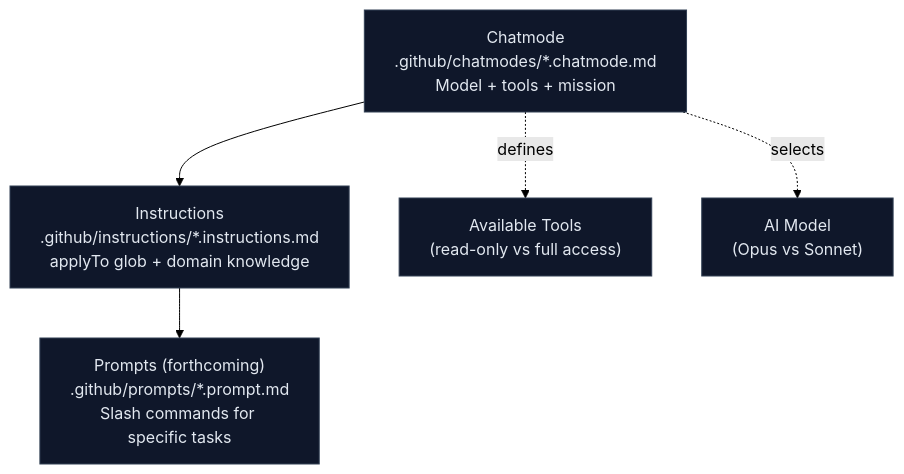
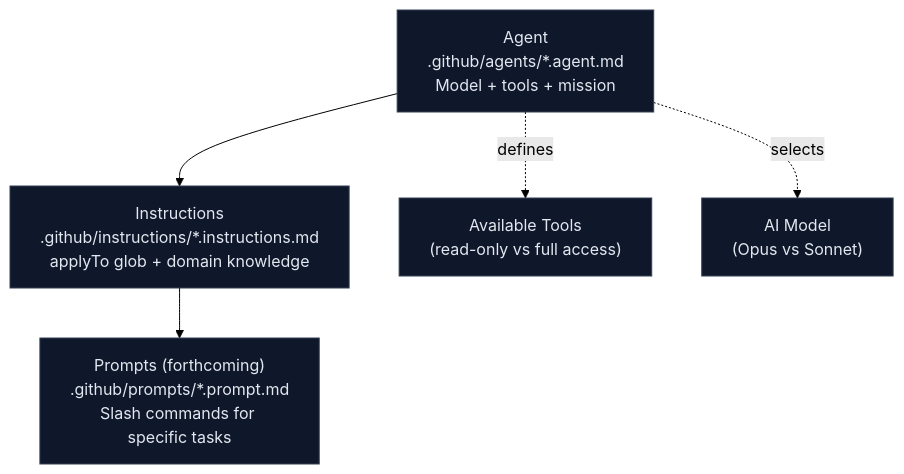
The diagram in docs/4-agents-explained.md (paulasilvatech/hackathon-datacorp-team-kit), drawn with Mermaid (forest theme) before and after one commit. The commit also changed other lines of this file and 11 other files, not shown here.

First line of the commit message:
fix: convert chatmodes to agents (.agent.md format)

````diff
--- a/docs/4-agents-explained.md
+++ b/docs/4-agents-explained.md
@@ -38,13 +38,13 @@
 ```mermaid
 flowchart TB
-    CM["Chatmode\n.github/chatmodes/*.chatmode.md\nModel + tools + mission"] --> INS["Instructions\n.github/instructions/*.instructions.md\napplyTo glob + domain knowledge"]
+    CM["Agent\n.github/agents/*.agent.md\nModel + tools + mission"] --> INS["Instructions\n.github/instructions/*.instructions.md\napplyTo glob + domain knowledge"]
     INS --> PR["Prompts (forthcoming)\n.github/prompts/*.prompt.md\nSlash commands for specific tasks"]
     CM -.->|"defines"| TOOLS["Available Tools\n(read-only vs full access)"]
     CM -.->|"selects"| MODEL["AI Model\n(Opus vs Sonnet)"]
 
     style CM fill:#0f172a,stroke:#334155,color:#e2e8f0
     style INS fill:#0f172a,stroke:#334155,color:#e2e8f0
     style PR fill:#0f172a,stroke:#334155,color:#e2e8f0
     style TOOLS fill:#0f172a,stroke:#334155,color:#e2e8f0
     style MODEL fill:#0f172a,stroke:#334155,color:#e2e8f0
 ```
````
